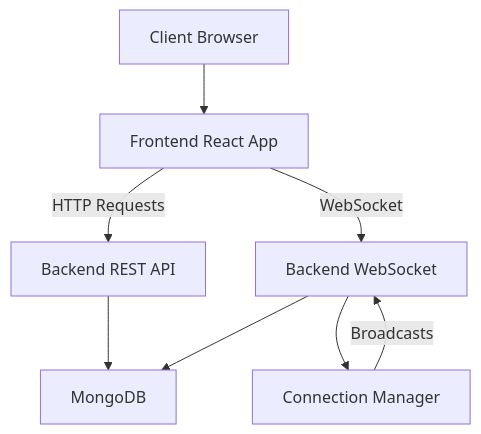
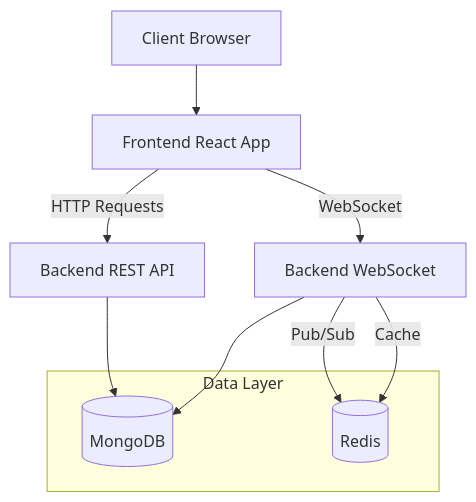
Before and after one commit to MR-DHRUV/Snake-and-ladders: the first of 3 diagrams in README.md, drawn with Mermaid. The commit also changed other lines of this file and 1 other file, not shown here.

````diff
--- a/README.md
+++ b/README.md
@@ -26,10 +34,17 @@
 ```mermaid
 graph TD
     Client[Client Browser] --> Frontend[Frontend React App]
     Frontend --> |HTTP Requests| BackendREST[Backend REST API]
     Frontend --> |WebSocket| BackendWS[Backend WebSocket]
+    
+    subgraph Data Layer
+        MongoDB[(MongoDB)]
+        Redis[(Redis)]
+    end
+
     BackendREST --> MongoDB
     BackendWS --> MongoDB
-    BackendWS --> CM[Connection Manager]
-    CM --> |Broadcasts| BackendWS
+    
+    BackendWS --> |Pub/Sub| Redis
+    BackendWS --> |Cache| Redis
 ```
````
